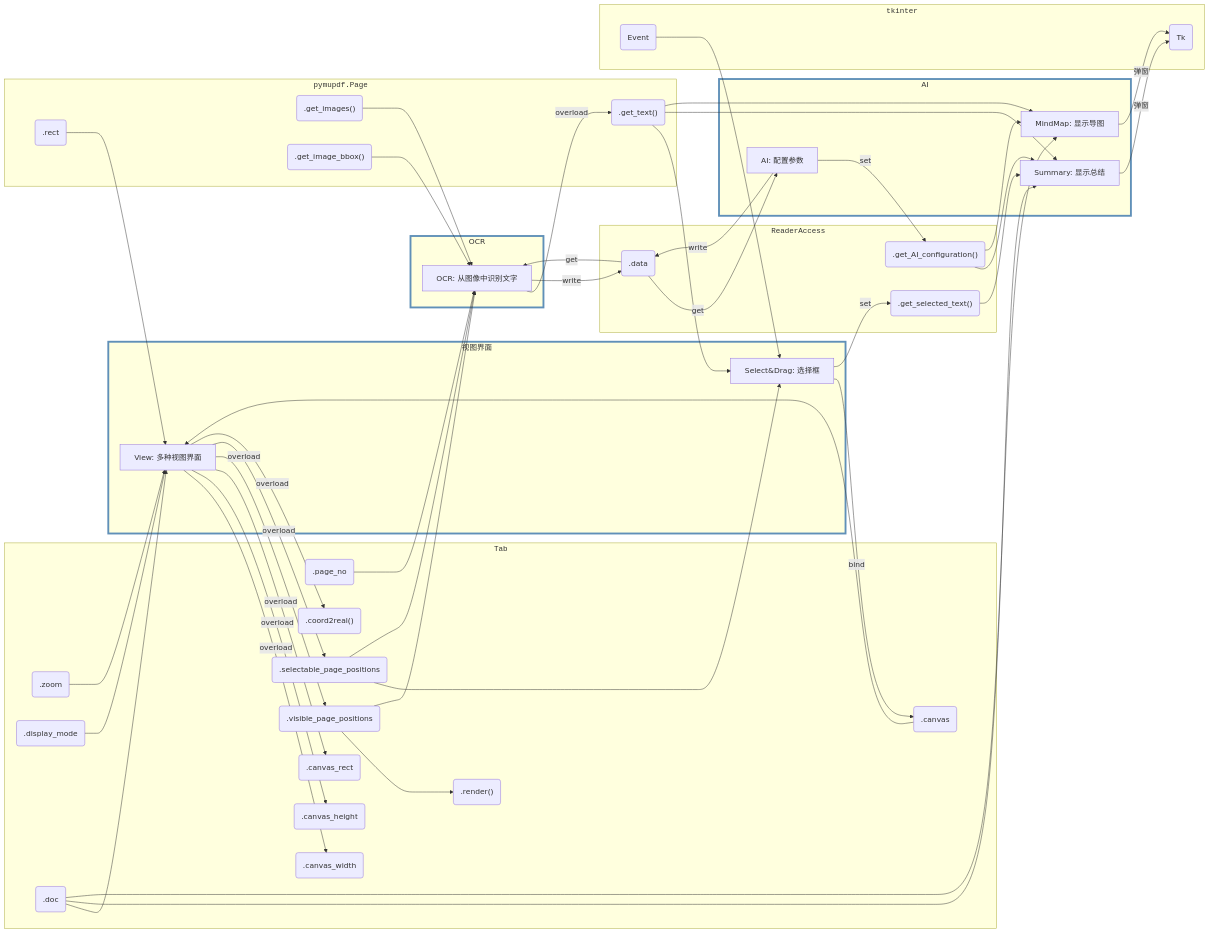
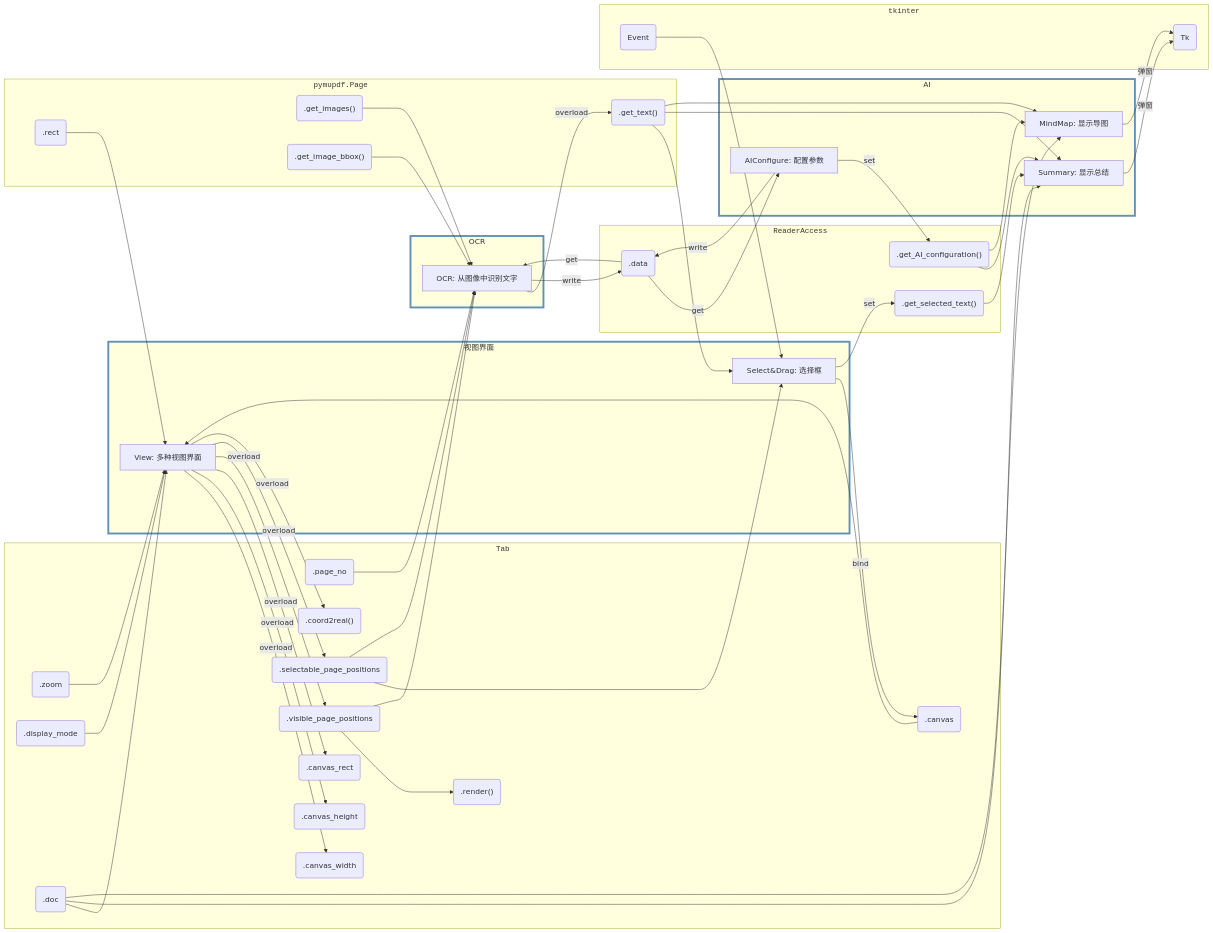
The diagram in schedule/Week2.md (huangxy-666/GlueousReader), drawn with Mermaid before and after one commit. The commit also changed other lines of this file and 1 other file, not shown here.

Commit message:
rename 'AIPlugin' to 'AIConfigurePlugin'

```diff
--- a/schedule/Week2.md
+++ b/schedule/Week2.md
@@ -16,7 +16,7 @@
 	end
 	
 	subgraph AI
-		ai[AI: 配置参数]
+		AIConfigure[AIConfigure: 配置参数]
 		Summary[Summary: 显示总结]
 		MindMap[MindMap: 显示导图]
 	end
@@ -84,9 +84,9 @@
 	OpticalCharacterRecognition -->|overload| get_text
 	OpticalCharacterRecognition -->|write| data
 	
-	data -->|get| ai
-	ai -->|set| get_AI_configuration
-	ai -->|write| data
+	data -->|get| AIConfigure
+	AIConfigure -->|set| get_AI_configuration
+	AIConfigure -->|write| data
 
 	get_selected_text --> Summary
 	doc --> Summary
```
